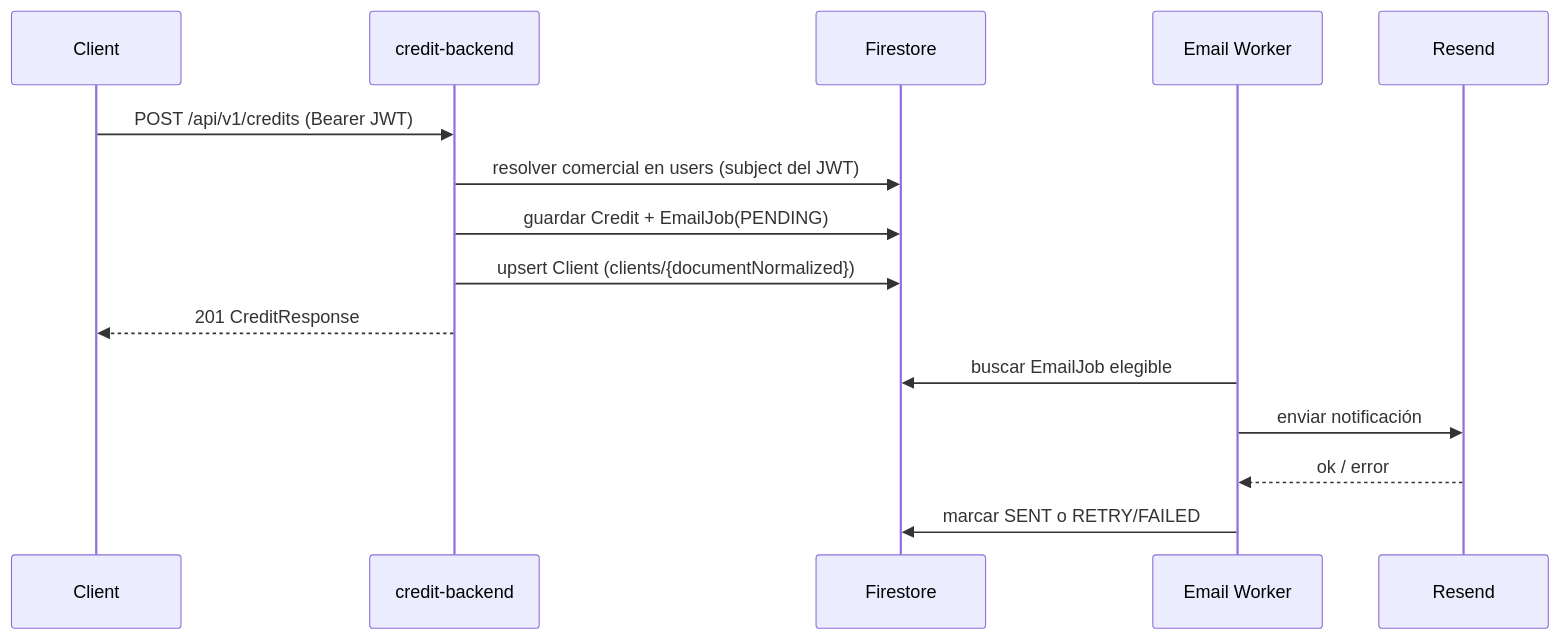
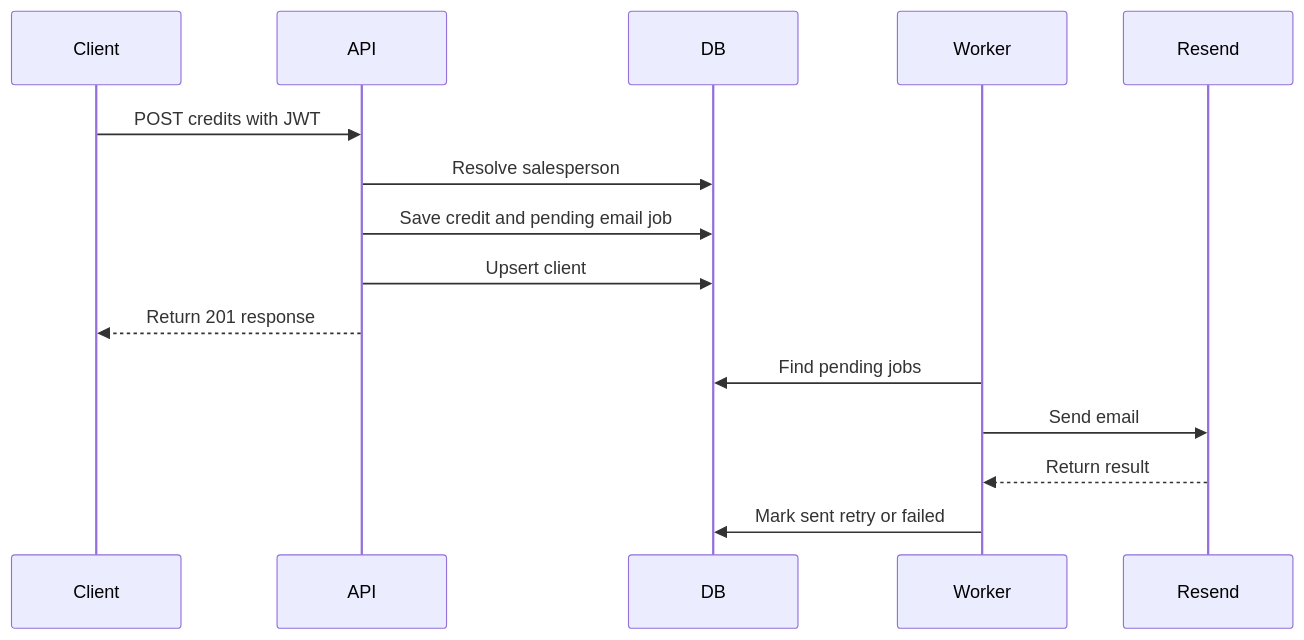
One commit to CarlosPolo019/credit-backend changed the second of 3 diagrams in README.md. Above: the diagram before and after it, drawn with Mermaid. The commit also changed other lines of this file, not shown here.

Commit message:
docs: simplify mermaid diagrams

````diff
--- a/README.md
+++ b/README.md
@@ -67,17 +67,17 @@
 ```mermaid
 sequenceDiagram
   participant Client
-  participant API as credit-backend
-  participant DB as Firestore
-  participant Worker as Email Worker
+  participant API
+  participant DB
+  participant Worker
   participant Resend
-  Client->>API: POST /api/v1/credits (Bearer JWT)
-  API->>DB: resolver comercial en users (subject del JWT)
-  API->>DB: guardar Credit + EmailJob(PENDING)
-  API->>DB: upsert Client (clients/{documentNormalized})
-  API-->>Client: 201 CreditResponse
-  Worker->>DB: buscar EmailJob elegible
-  Worker->>Resend: enviar notificación
-  Resend-->>Worker: ok / error
-  Worker->>DB: marcar SENT o RETRY/FAILED
+  Client->>API: POST credits with JWT
+  API->>DB: Resolve salesperson
+  API->>DB: Save credit and pending email job
+  API->>DB: Upsert client
+  API-->>Client: Return 201 response
+  Worker->>DB: Find pending jobs
+  Worker->>Resend: Send email
+  Resend-->>Worker: Return result
+  Worker->>DB: Mark sent retry or failed
 ```
````
